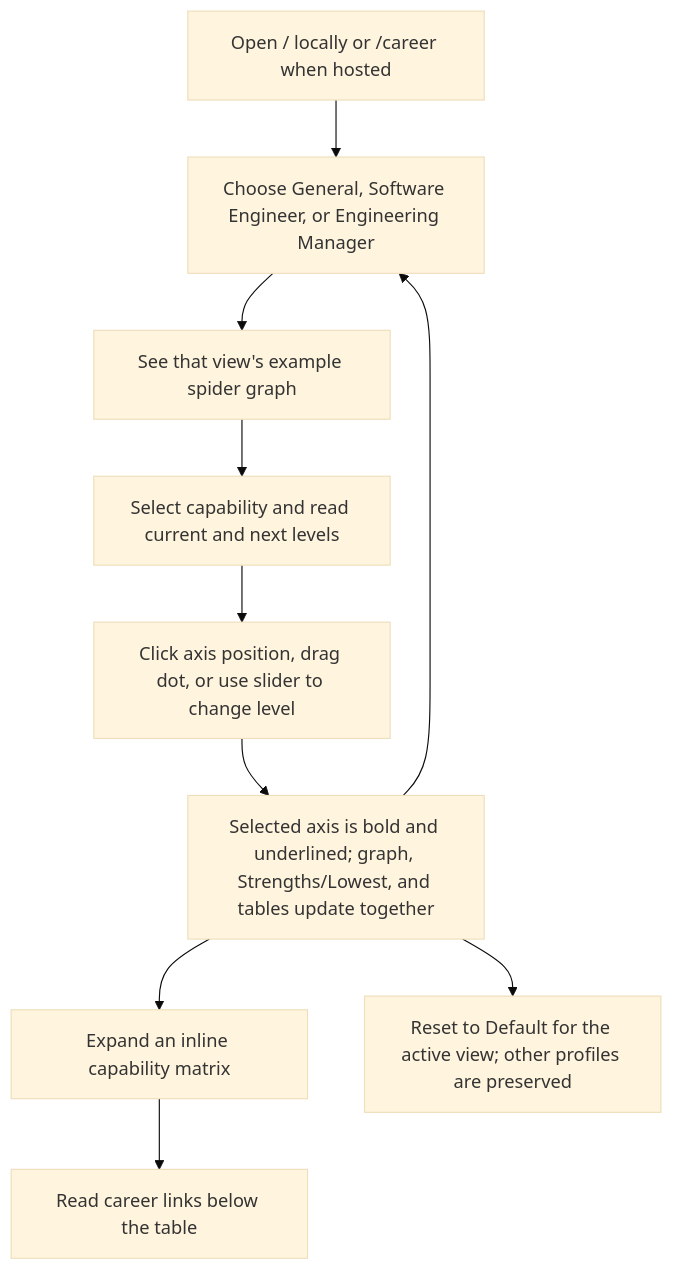
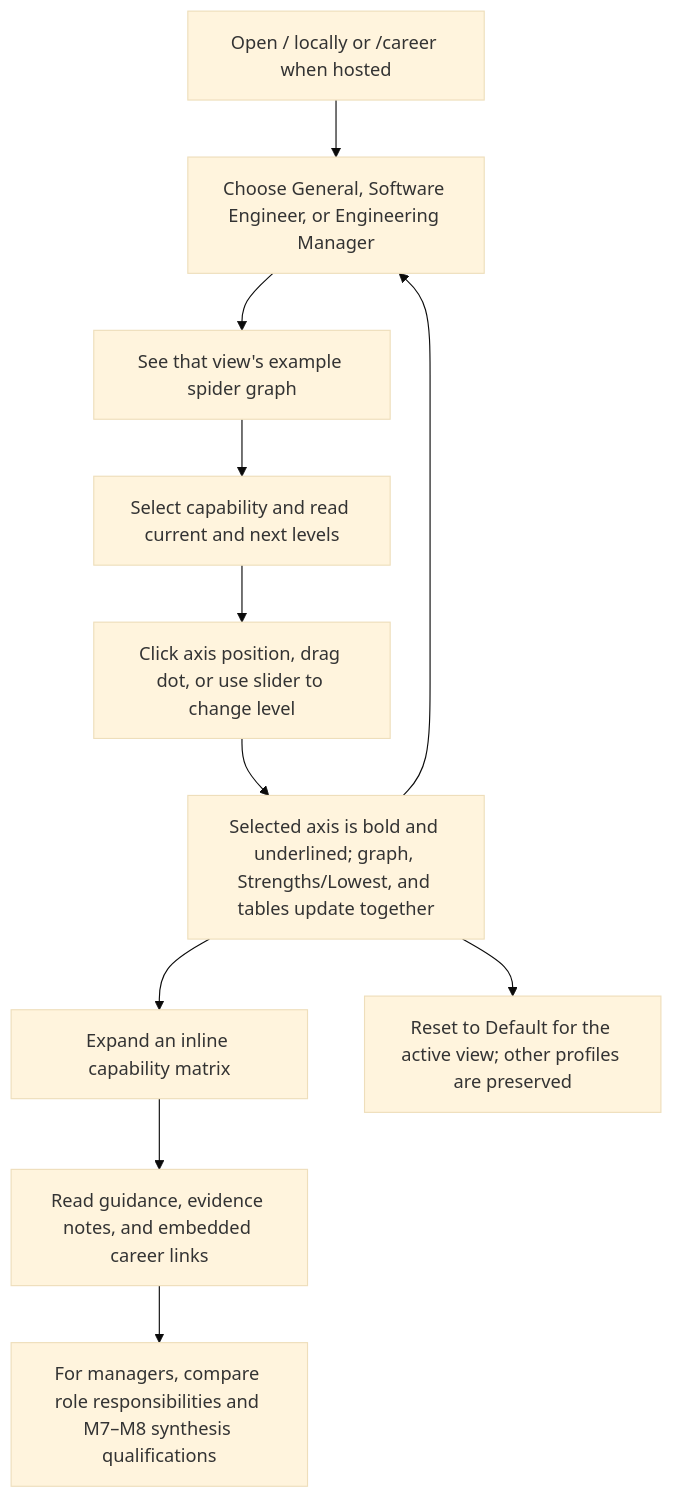
The second of 2 diagrams in architecture.md (johnpfeiffer/career), drawn with Mermaid (base theme) before and after one commit. The commit also changed other lines of this file and 18 other files, not shown here.

````diff
--- a/architecture.md
+++ b/architecture.md
@@ -30,12 +37,13 @@
 ```mermaid
 flowchart TD
     A["Open / locally or /career when hosted"] --> B["Choose General, Software Engineer, or Engineering Manager"]
     B --> C["See that view's example spider graph"]
     C --> D["Select capability and read current and next levels"]
     D --> E["Click axis position, drag dot, or use slider to change level"]
     E --> F["Selected axis is bold and underlined; graph, Strengths/Lowest, and tables update together"]
     F --> G["Expand an inline capability matrix"]
-    G --> I["Read career links below the table"]
+    G --> I["Read guidance, evidence notes, and embedded career links"]
+    I --> J["For managers, compare role responsibilities and M7–M8 synthesis qualifications"]
     F --> H["Reset to Default for the active view; other profiles are preserved"]
     F --> B
 ```
````
